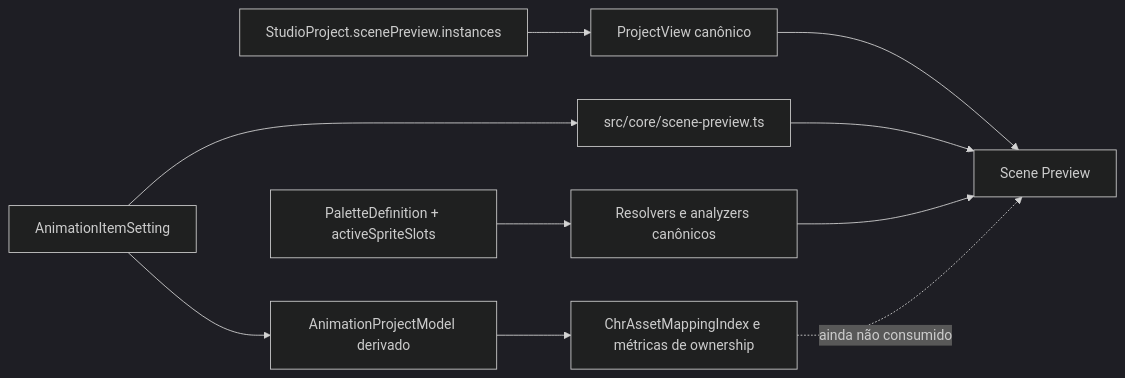
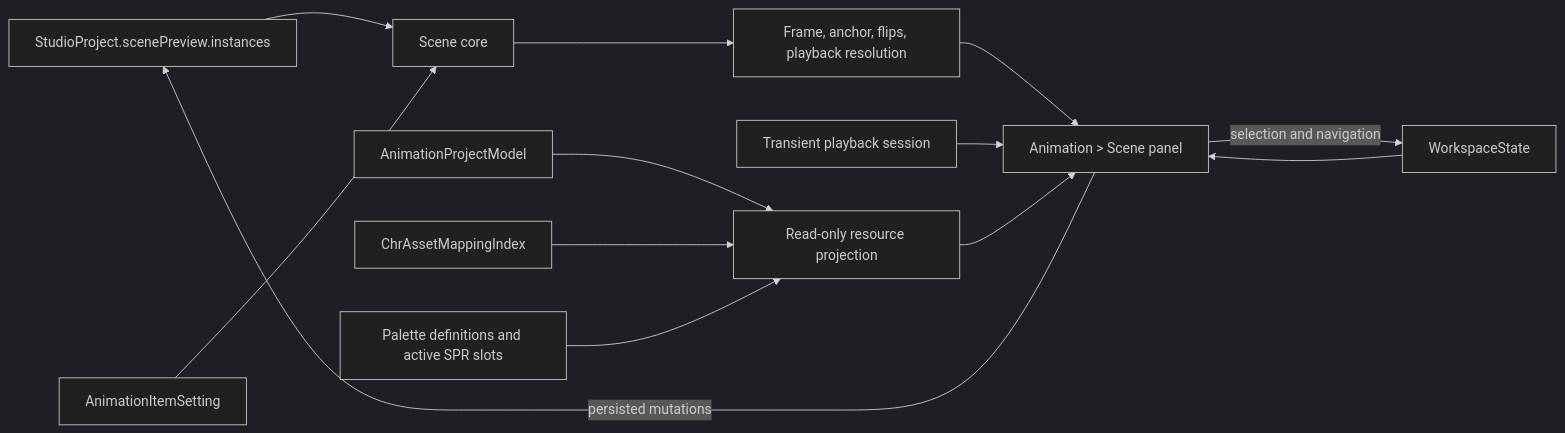
Before and after one commit to Andropovbr/png2chr-studio: the diagram in docs/investigations/scene-multi-entity-preview-audit.md, drawn with Mermaid (dark theme). The commit also changed other lines of this file and 9 other files, not shown here.

````diff
--- a/docs/investigations/scene-multi-entity-preview-audit.md
+++ b/docs/investigations/scene-multi-entity-preview-audit.md
@@ -57,12 +25,18 @@
 ```mermaid
 flowchart LR
-  Project[StudioProject.scenePreview.instances] --> View[ProjectView canônico]
-  View --> Scene[Scene Preview]
-  Anim[AnimationItemSetting] --> Resolver[src/core/scene-preview.ts]
-  Anim --> Model[AnimationProjectModel derivado]
-  Resolver --> Scene
-  Palette[PaletteDefinition + activeSpriteSlots] --> PaletteAnalysis[Resolvers e analyzers canônicos]
-  PaletteAnalysis --> Scene
-  Model --> Mapping[ChrAssetMappingIndex e métricas de ownership]
-  Mapping -. ainda não consumido .-> Scene
+  Persisted[StudioProject.scenePreview.instances] --> Core[Scene core]
+  Animations[AnimationItemSetting] --> Core
+  Core --> Projection[Frame, anchor, flips, playback resolution]
+  Projection --> Panel[Animation > Scene panel]
+
+  Workspace[WorkspaceState] --> Panel
+  Session[Transient playback session] --> Panel
+
+  AnimationModel[AnimationProjectModel] --> Resources[Read-only resource projection]
+  Mapping[ChrAssetMappingIndex] --> Resources
+  Palettes[Palette definitions and active SPR slots] --> Resources
+  Resources --> Panel
+
+  Panel -->|persisted mutations| Persisted
+  Panel -->|selection and navigation| Workspace
 ```
````
